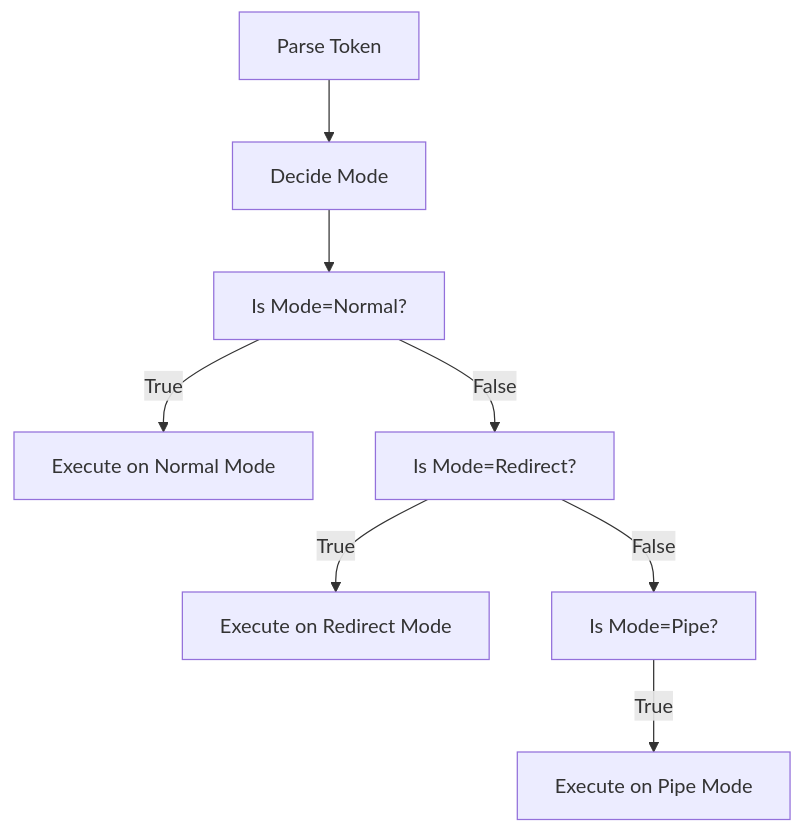
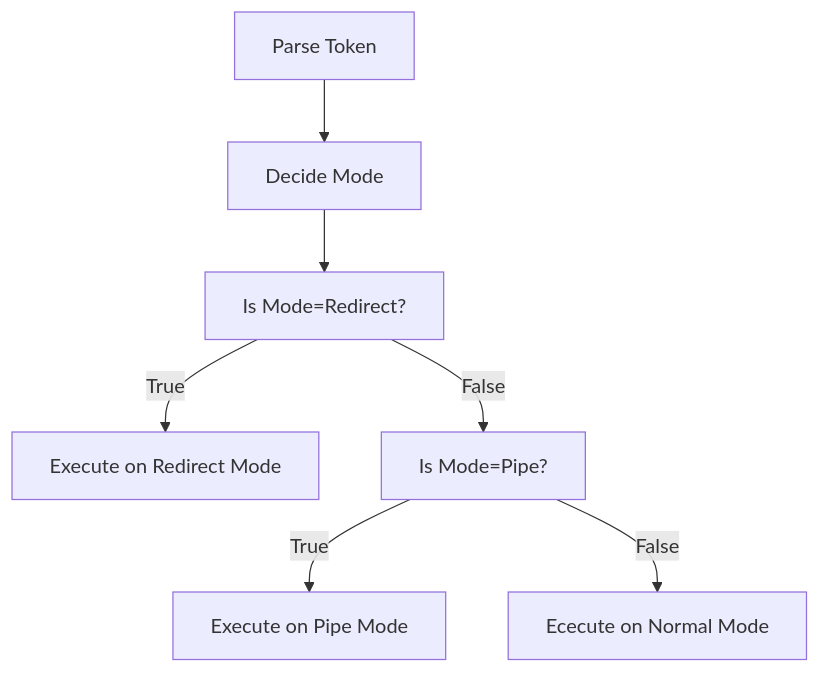
The diagram in cs162/notes/h2.md (yzhuang52/cs-notes), drawn with Mermaid before and after one commit. The commit also changed other lines of this file and 1 other file, not shown here.

Commit message:
cs162 hw-shell finish pipe(2)

````diff
--- a/cs162/notes/h2.md
+++ b/cs162/notes/h2.md
@@ -23,18 +23,16 @@
 ```mermaid
 flowchart TD
     line1["Parse Token"]
     line2["Decide Mode"]
-    line3["Is Mode=Normal?"]
-    line4["Execute on Normal Mode"]
-    line5["Is Mode=Redirect?"]
-    line6["Execute on Redirect Mode"]
-    line7["Is Mode=Pipe?"]
-    line8["Execute on Pipe Mode"]
+    line3["Is Mode=Redirect?"]
+    line4["Execute on Redirect Mode"]
+    line5["Is Mode=Pipe?"]
+    line6["Execute on Pipe Mode"]
+    line7["Ececute on Normal Mode"]
     line1 --> line2
     line2 --> line3
     line3 --True-->line4
     line3 --False-->line5
     line5 --True-->line6
     line5 --False-->line7
-    line7 --True-->line8
 ```
````
